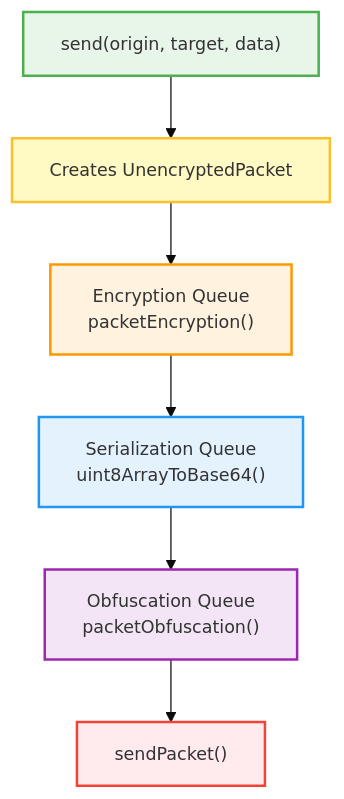
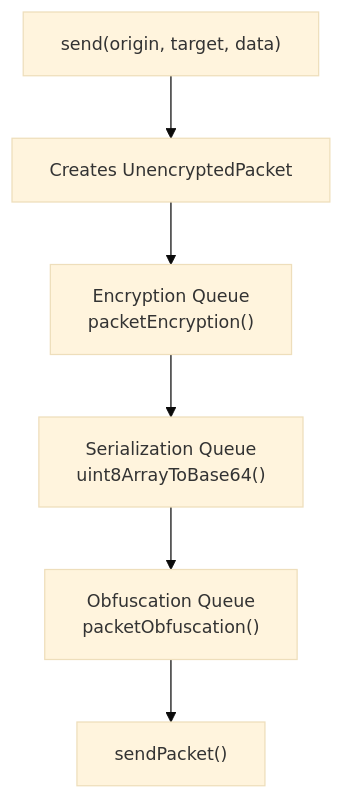
One commit to AndrewRedican/hyperfrontend changed the fifth of 7 diagrams in libs/network-protocol/ARCHITECTURE.md. Above: the diagram before and after it, drawn with Mermaid. The commit also changed other lines of this file and 2 other files, not shown here.

````diff
--- a/libs/network-protocol/ARCHITECTURE.md
+++ b/libs/network-protocol/ARCHITECTURE.md
@@ -475,28 +470,21 @@
 ```mermaid
 ---
 config:
   theme: base
   themeVariables:
     fontSize: 14px
 ---
 flowchart TB
     A["send(origin, target, data)"]
     B["Creates UnencryptedPacket"]
     C["Encryption Queue<br/>packetEncryption()"]
     D["Serialization Queue<br/>uint8ArrayToBase64()"]
     E["Obfuscation Queue<br/>packetObfuscation()"]
     F["sendPacket()"]
 
     A --> B
     B --> C
     C --> D
     D --> E
     E --> F
-
-    style A fill:#e8f5e9,stroke:#4caf50,stroke-width:2px
-    style B fill:#fff9c4,stroke:#fbc02d,stroke-width:2px
-    style C fill:#fff3e0,stroke:#ff9800,stroke-width:2px
-    style D fill:#e3f2fd,stroke:#2196f3,stroke-width:2px
-    style E fill:#f3e5f5,stroke:#9c27b0,stroke-width:2px
-    style F fill:#ffebee,stroke:#f44336,stroke-width:2px
 ```
````
